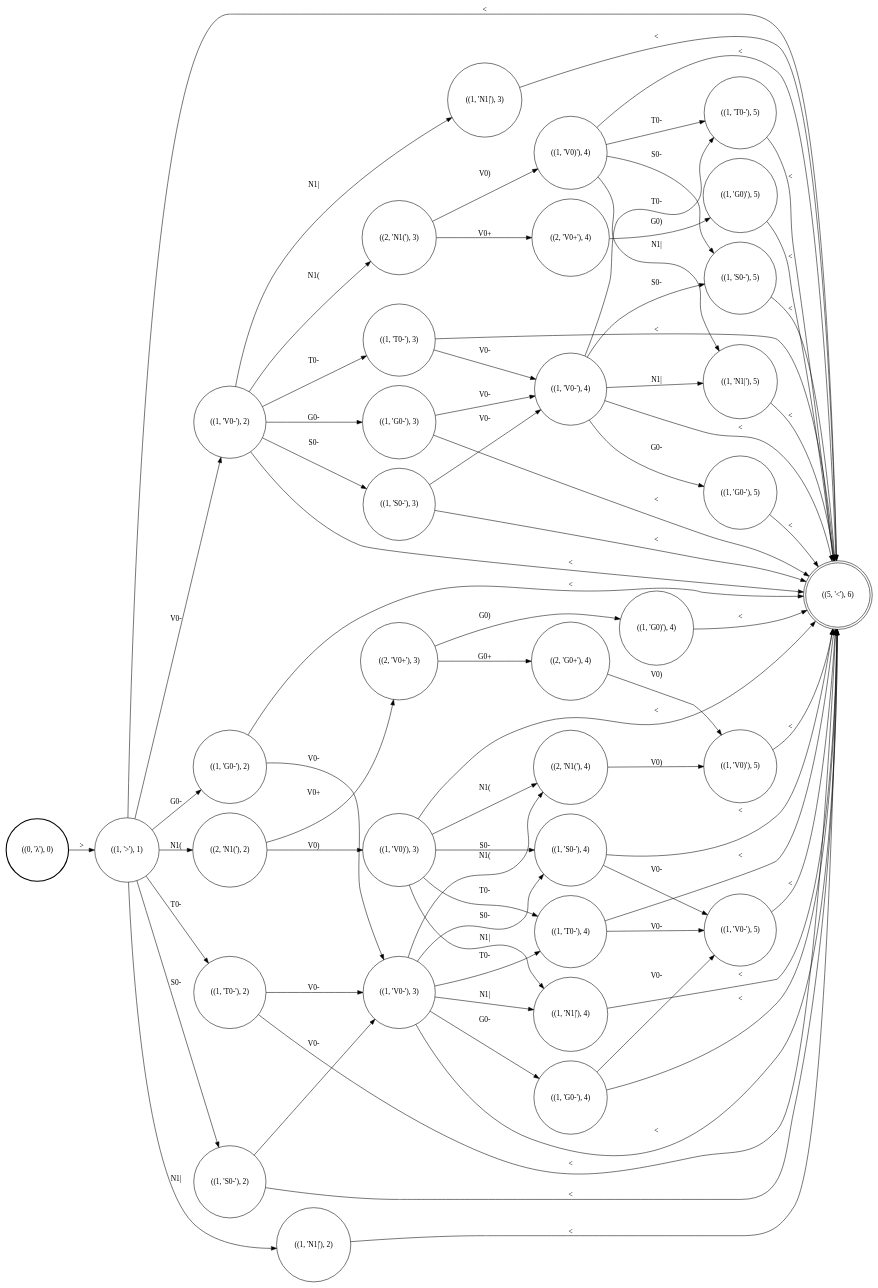
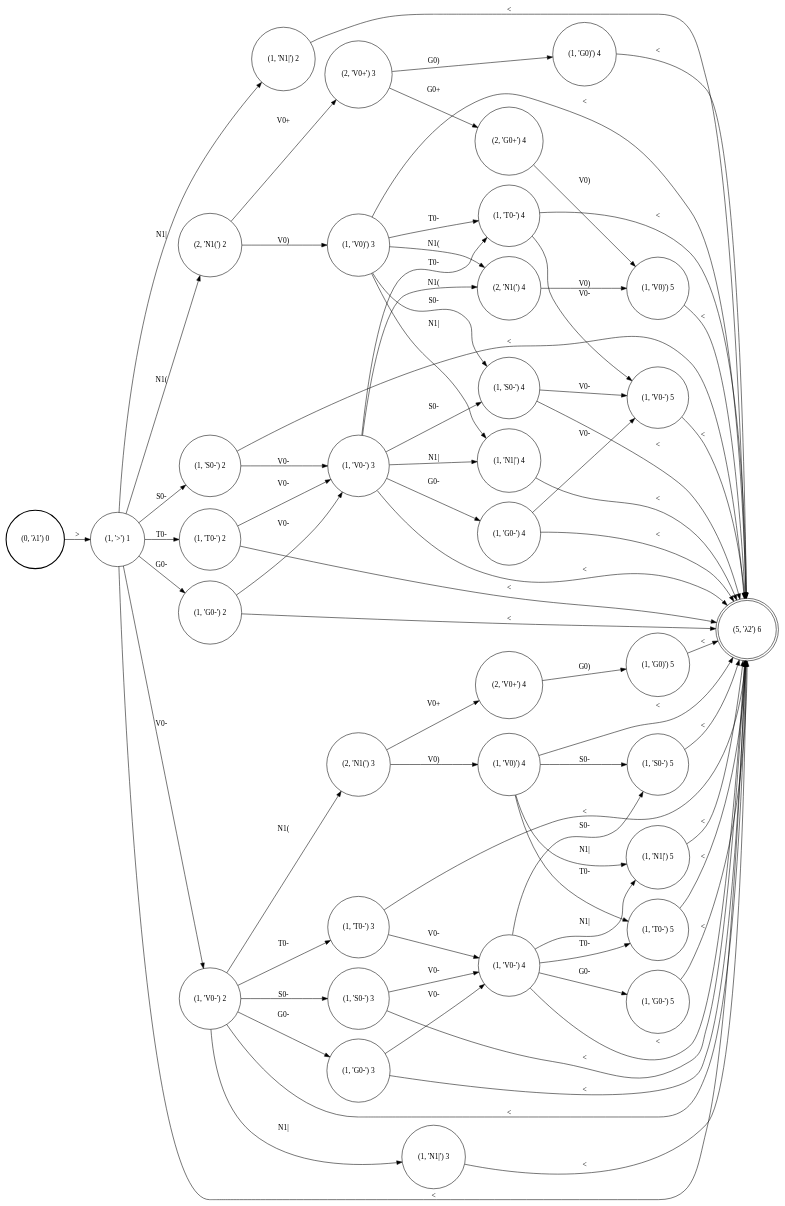
One commit to colincwilson/statgram changed the diagram in demo/nasal_spreading/Output_nasal.dot. Above: the diagram before and after it, drawn with Graphviz. The commit also changed 13 other files, not shown here.

```diff
--- a/demo/nasal_spreading/Output_nasal.dot
+++ b/demo/nasal_spreading/Output_nasal.dot
@@ -1,110 +1,109 @@
 digraph G {
 rankdir=LR;
-node [shape=circle]
-0 [shape=doublecircle label="((5, '<'), 6)"]
-1 [label="((2, 'V0+'), 3)"]
-2 [label="((1, 'T0-'), 4)"]
-3 [label="((1, 'S0-'), 3)"]
-4 [label="((1, 'V0)'), 4)"]
-5 [label="((2, 'G0+'), 4)"]
-6 [label="((1, 'N1|'), 4)"]
-7 [label="((1, 'S0-'), 4)"]
-8 [label="((1, 'G0-'), 2)"]
-9 [label="((2, 'N1('), 4)"]
-10 [style=bold label="((0, 'λ'), 0)"]
-11 [label="((1, 'T0-'), 5)"]
-12 [label="((1, 'V0-'), 3)"]
-13 [label="((1, 'V0)'), 5)"]
-14 [label="((1, 'G0)'), 4)"]
-15 [label="((1, 'N1|'), 3)"]
-16 [label="((1, 'S0-'), 5)"]
-17 [label="((1, 'G0-'), 5)"]
-18 [label="((2, 'V0+'), 4)"]
-19 [label="((1, 'V0-'), 2)"]
-20 [label="((1, '>'), 1)"]
-21 [label="((2, 'N1('), 2)"]
-22 [label="((1, 'G0)'), 5)"]
-23 [label="((1, 'T0-'), 2)"]
-24 [label="((1, 'N1|'), 2)"]
-25 [label="((1, 'G0-'), 4)"]
-26 [label="((1, 'V0-'), 5)"]
-27 [label="((2, 'N1('), 3)"]
-28 [label="((1, 'T0-'), 3)"]
-29 [label="((1, 'S0-'), 2)"]
-30 [label="((1, 'N1|'), 5)"]
-31 [label="((1, 'V0)'), 3)"]
-32 [label="((1, 'V0-'), 4)"]
-33 [label="((1, 'G0-'), 3)"]
-20 -> 8 [label="G0-"]
-32 -> 17 [label="G0-"]
-3 -> 32 [label="V0-"]
-20 -> 23 [label="T0-"]
-32 -> 11 [label="T0-"]
-28 -> 32 [label="V0-"]
-20 -> 0 [label="<"]
-32 -> 16 [label="S0-"]
-28 -> 0 [label="<"]
-20 -> 29 [label="S0-"]
-32 -> 30 [label="N1|"]
-1 -> 5 [label="G0+"]
-15 -> 0 [label="<"]
-20 -> 24 [label="N1|"]
-32 -> 0 [label="<"]
-31 -> 7 [label="S0-"]
-20 -> 19 [label="V0-"]
-11 -> 0 [label="<"]
-31 -> 6 [label="N1|"]
-19 -> 27 [label="N1("]
-13 -> 0 [label="<"]
-31 -> 9 [label="N1("]
-19 -> 33 [label="G0-"]
-22 -> 0 [label="<"]
-31 -> 2 [label="T0-"]
-19 -> 28 [label="T0-"]
-30 -> 0 [label="<"]
-3 -> 0 [label="<"]
-31 -> 0 [label="<"]
-19 -> 3 [label="S0-"]
-17 -> 0 [label="<"]
-33 -> 0 [label="<"]
-9 -> 13 [label="V0)"]
-19 -> 15 [label="N1|"]
-16 -> 0 [label="<"]
-33 -> 32 [label="V0-"]
-19 -> 0 [label="<"]
-26 -> 0 [label="<"]
-18 -> 22 [label="G0)"]
-24 -> 0 [label="<"]
-21 -> 1 [label="V0+"]
-2 -> 26 [label="V0-"]
-21 -> 31 [label="V0)"]
-2 -> 0 [label="<"]
-8 -> 0 [label="<"]
-8 -> 12 [label="V0-"]
-5 -> 13 [label="V0)"]
-29 -> 0 [label="<"]
-4 -> 16 [label="S0-"]
-29 -> 12 [label="V0-"]
-4 -> 30 [label="N1|"]
-23 -> 12 [label="V0-"]
-23 -> 0 [label="<"]
-4 -> 11 [label="T0-"]
-12 -> 9 [label="N1("]
-4 -> 0 [label="<"]
-12 -> 25 [label="G0-"]
-6 -> 0 [label="<"]
-12 -> 2 [label="T0-"]
-14 -> 0 [label="<"]
-12 -> 7 [label="S0-"]
-25 -> 0 [label="<"]
-12 -> 6 [label="N1|"]
-25 -> 26 [label="V0-"]
-12 -> 0 [label="<"]
-7 -> 0 [label="<"]
-27 -> 18 [label="V0+"]
-7 -> 26 [label="V0-"]
-27 -> 4 [label="V0)"]
-1 -> 14 [label="G0)"]
-10 -> 20 [label=">"]
-20 -> 21 [label="N1("]
+0 [style=solid, shape=circle, label="(2, 'V0+') 4"]
+1 [style=solid, shape=circle, label="(1, 'N1|') 2"]
+2 [style=solid, shape=circle, label="(1, 'V0)') 5"]
+3 [style=solid, shape=circle, label="(1, 'T0-') 4"]
+4 [style=solid, shape=circle, label="(1, 'S0-') 2"]
+5 [style=solid, shape=circle, label="(1, 'V0-') 5"]
+6 [style=solid, shape=circle, label="(1, 'G0-') 2"]
+7 [style=solid, shape=circle, label="(2, 'N1(') 3"]
+8 [style=solid, shape=doublecircle, label="(5, 'λ2') 6"]
+9 [style=solid, shape=circle, label="(2, 'V0+') 3"]
+10 [style=solid, shape=circle, label="(1, 'N1|') 3"]
+11 [style=solid, shape=circle, label="(1, 'T0-') 3"]
+12 [style=solid, shape=circle, label="(1, 'V0)') 4"]
+13 [style=bold, shape=circle, label="(0, 'λ1') 0"]
+14 [style=solid, shape=circle, label="(1, 'S0-') 5"]
+15 [style=solid, shape=circle, label="(1, 'G0-') 3"]
+16 [style=solid, shape=circle, label="(1, 'V0-') 4"]
+17 [style=solid, shape=circle, label="(1, 'N1|') 4"]
+18 [style=solid, shape=circle, label="(2, 'N1(') 2"]
+19 [style=solid, shape=circle, label="(1, 'T0-') 2"]
+20 [style=solid, shape=circle, label="(1, 'V0-') 3"]
+21 [style=solid, shape=circle, label="(1, 'G0-') 4"]
+22 [style=solid, shape=circle, label="(2, 'G0+') 4"]
+23 [style=solid, shape=circle, label="(1, 'G0)') 5"]
+24 [style=solid, shape=circle, label="(1, '>') 1"]
+25 [style=solid, shape=circle, label="(1, 'S0-') 4"]
+26 [style=solid, shape=circle, label="(1, 'V0)') 3"]
+27 [style=solid, shape=circle, label="(1, 'N1|') 5"]
+28 [style=solid, shape=circle, label="(1, 'G0-') 5"]
+29 [style=solid, shape=circle, label="(1, 'V0-') 2"]
+30 [style=solid, shape=circle, label="(1, 'G0)') 4"]
+31 [style=solid, shape=circle, label="(2, 'N1(') 4"]
+32 [style=solid, shape=circle, label="(1, 'T0-') 5"]
+33 [style=solid, shape=circle, label="(1, 'S0-') 3"]
+12 -> 27 [style=solid, label="N1|"]
+10 -> 8 [style=solid, label="<"]
+12 -> 14 [style=solid, label="S0-"]
+11 -> 8 [style=solid, label="<"]
+30 -> 8 [style=solid, label="<"]
+11 -> 16 [style=solid, label="V0-"]
+25 -> 8 [style=solid, label="<"]
+20 -> 3 [style=solid, label="T0-"]
+25 -> 5 [style=solid, label="V0-"]
+20 -> 8 [style=solid, label="<"]
+20 -> 17 [style=solid, label="N1|"]
+31 -> 2 [style=solid, label="V0)"]
+20 -> 25 [style=solid, label="S0-"]
+16 -> 32 [style=solid, label="T0-"]
+20 -> 21 [style=solid, label="G0-"]
+16 -> 8 [style=solid, label="<"]
+20 -> 31 [style=solid, label="N1("]
+16 -> 27 [style=solid, label="N1|"]
+13 -> 24 [style=solid, label=">"]
+26 -> 31 [style=solid, label="N1("]
+16 -> 14 [style=solid, label="S0-"]
+24 -> 29 [style=solid, label="V0-"]
+26 -> 3 [style=solid, label="T0-"]
+16 -> 28 [style=solid, label="G0-"]
+24 -> 8 [style=solid, label="<"]
+19 -> 8 [style=solid, label="<"]
+26 -> 8 [style=solid, label="<"]
+24 -> 19 [style=solid, label="T0-"]
+26 -> 17 [style=solid, label="N1|"]
+3 -> 8 [style=solid, label="<"]
+24 -> 18 [style=solid, label="N1("]
+26 -> 25 [style=solid, label="S0-"]
+3 -> 5 [style=solid, label="V0-"]
+24 -> 1 [style=solid, label="N1|"]
+15 -> 8 [style=solid, label="<"]
+17 -> 8 [style=solid, label="<"]
+24 -> 4 [style=solid, label="S0-"]
+15 -> 16 [style=solid, label="V0-"]
+2 -> 8 [style=solid, label="<"]
+24 -> 6 [style=solid, label="G0-"]
+19 -> 20 [style=solid, label="V0-"]
+33 -> 8 [style=solid, label="<"]
+23 -> 8 [style=solid, label="<"]
+1 -> 8 [style=solid, label="<"]
+33 -> 16 [style=solid, label="V0-"]
+27 -> 8 [style=solid, label="<"]
+18 -> 9 [style=solid, label="V0+"]
+7 -> 0 [style=solid, label="V0+"]
+14 -> 8 [style=solid, label="<"]
+18 -> 26 [style=solid, label="V0)"]
+7 -> 12 [style=solid, label="V0)"]
+5 -> 8 [style=solid, label="<"]
+4 -> 8 [style=solid, label="<"]
+9 -> 30 [style=solid, label="G0)"]
+32 -> 8 [style=solid, label="<"]
+4 -> 20 [style=solid, label="V0-"]
+9 -> 22 [style=solid, label="G0+"]
+28 -> 8 [style=solid, label="<"]
+6 -> 8 [style=solid, label="<"]
+21 -> 8 [style=solid, label="<"]
+6 -> 20 [style=solid, label="V0-"]
+21 -> 5 [style=solid, label="V0-"]
+29 -> 11 [style=solid, label="T0-"]
+0 -> 23 [style=solid, label="G0)"]
+29 -> 8 [style=solid, label="<"]
+29 -> 10 [style=solid, label="N1|"]
+29 -> 33 [style=solid, label="S0-"]
+22 -> 2 [style=solid, label="V0)"]
+29 -> 15 [style=solid, label="G0-"]
+29 -> 7 [style=solid, label="N1("]
+12 -> 32 [style=solid, label="T0-"]
+12 -> 8 [style=solid, label="<"]
 }
```
